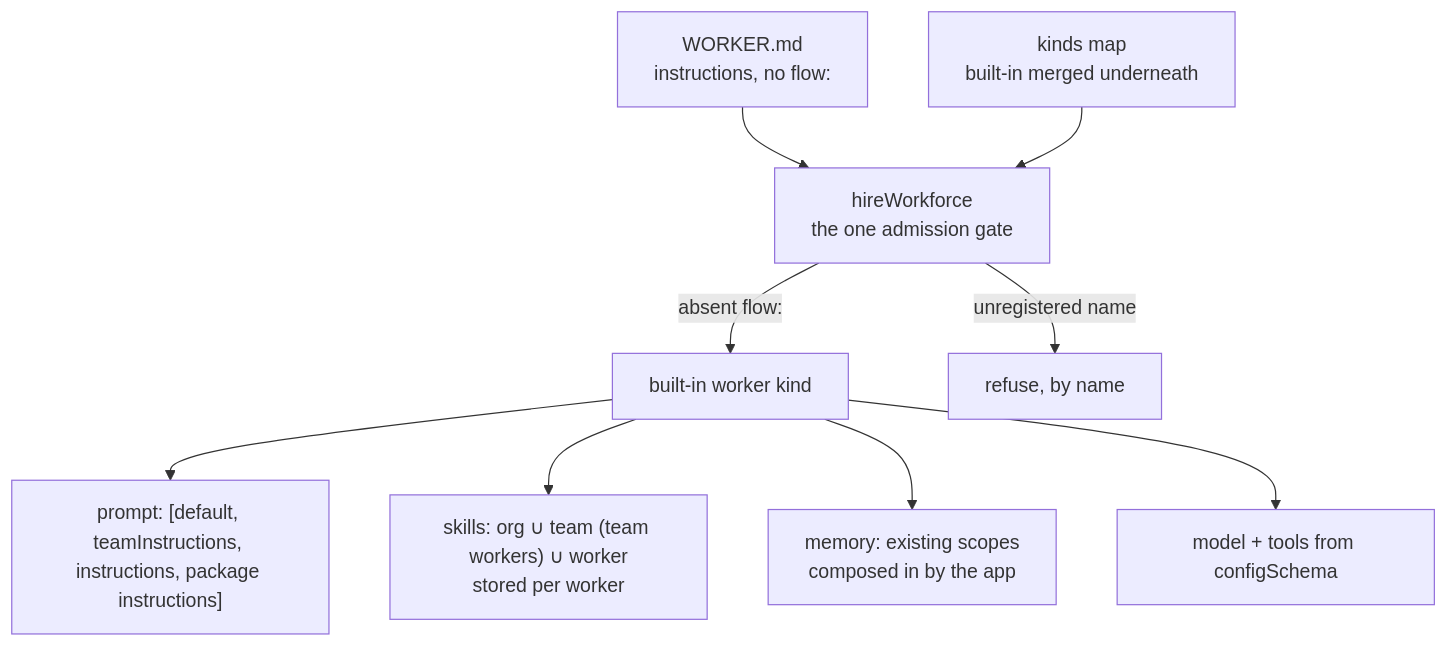
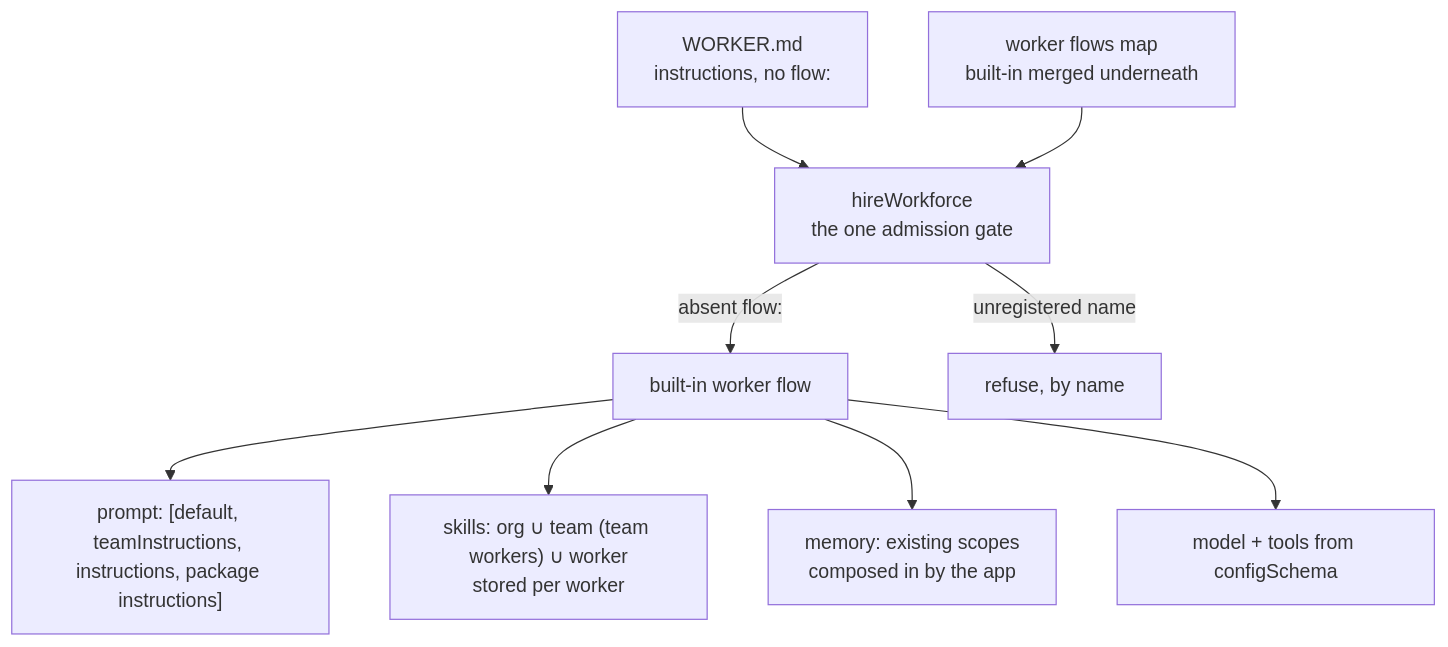
The diagram in docs/architecture/workforce-default-worker-kind.md (fixpoint-labs/flow-state-dev), drawn with Mermaid before and after one commit. The commit also changed other lines of this file and 149 other files, not shown here.

First line of the commit message:
docs(workforce): say worker flow, roster and worker in Workforce's prose and messages

````diff
--- a/docs/architecture/workforce-default-worker-kind.md
+++ b/docs/architecture/workforce-default-worker-kind.md
@@ -44,11 +44,11 @@
 ```mermaid
 flowchart TD
   W["WORKER.md<br/>instructions, no flow:"] --> H[hireWorkforce<br/>the one admission gate]
-  K["kinds map<br/>built-in merged underneath"] --> H
-  H -->|absent flow:| A[built-in worker kind]
+  K["worker flows map<br/>built-in merged underneath"] --> H
+  H -->|absent flow:| A[built-in worker flow]
   H -->|unregistered name| X[refuse, by name]
   A --> P["prompt: [default, teamInstructions, instructions, package instructions]"]
   A --> S["skills: org ∪ team (team workers) ∪ worker<br/>stored per worker"]
   A --> M["memory: existing scopes<br/>composed in by the app"]
   A --> T[model + tools from configSchema]
 ```
````
